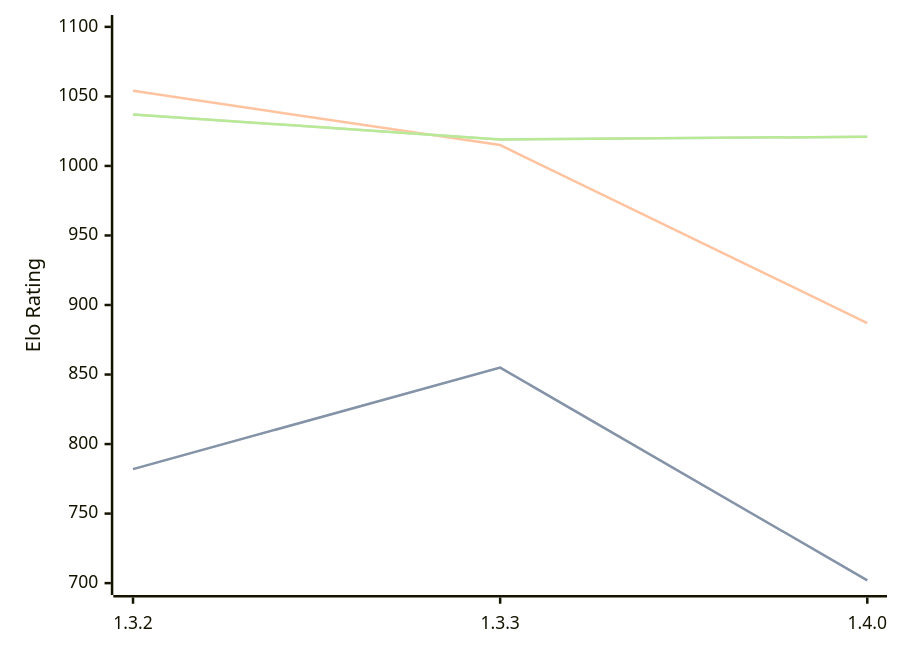
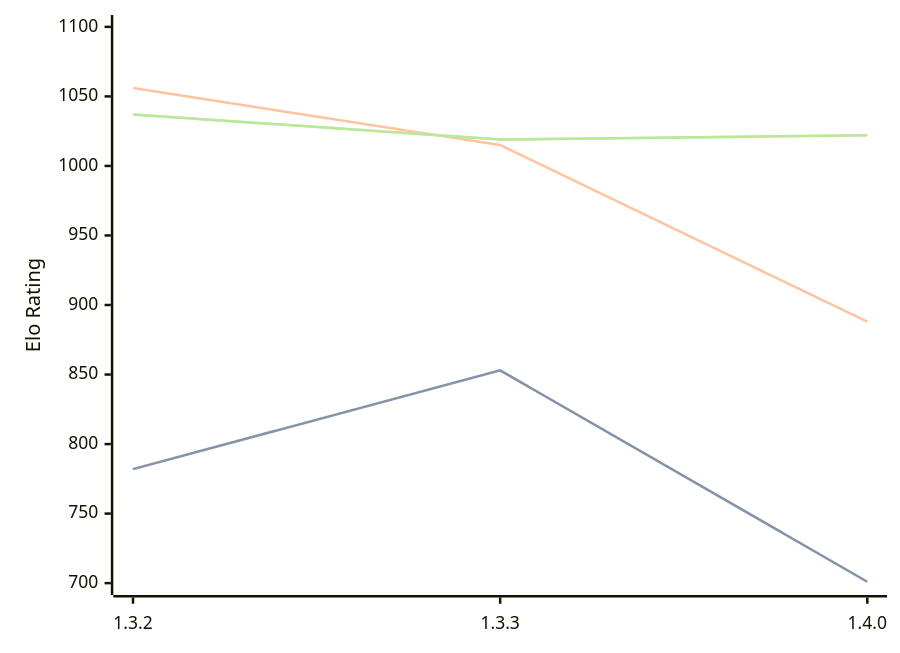
The diagram in engines/Whitespine.md (computer-chess-index/cci), drawn with Mermaid before and after one commit. The commit also changed other lines of this file, not shown here.

Commit message:
Update CCI Ratings (ELO VLTC) - 2026-08-17

````diff
--- a/engines/Whitespine.md
+++ b/engines/Whitespine.md
@@ -33,11 +33,11 @@
 ```mermaid
 %%{init: {"theme":"base","themeVariables":{"seriesColors:['#a3a3a3','#222221','#faa371']}}}%%
 xychart-beta
   x-axis ["1.3.2", "1.3.3", "1.4.0"]
   y-axis "Elo Rating" 700 --> 1100
-  line "STC (8.0+0.08s)" [782, 855, 702]
-  line "STC (8.0+0.08s)" [782, 855, 702]
-  line "LTC (60.0+0.60s)" [1054, 1015, 887]
-  line "VLTC (2m24s+1.12s)" [1037, 1019, 1021]
-  line "VLTC (2m24s+1.12s)" [1037, 1019, 1021]
+  line "STC (8.0+0.08s)" [782, 853, 701]
+  line "STC (8.0+0.08s)" [782, 853, 701]
+  line "LTC (60.0+0.60s)" [1056, 1015, 888]
+  line "VLTC (2m24s+1.12s)" [1037, 1019, 1022]
+  line "VLTC (2m24s+1.12s)" [1037, 1019, 1022]
 ```
````
